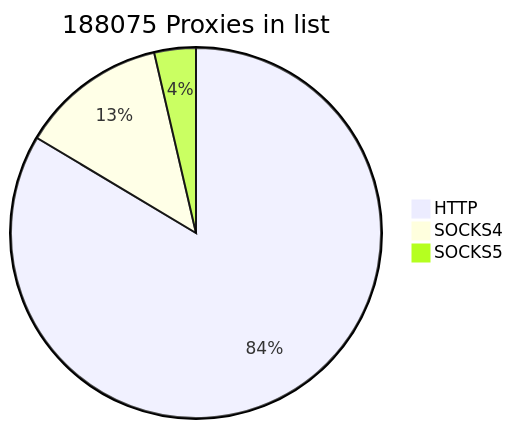
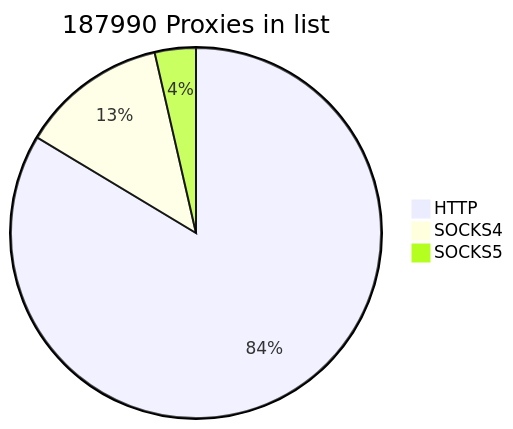
Before and after one commit to cutipu/proxylist: the first of 2 diagrams in README.md, drawn with Mermaid. The commit also changed other lines of this file, not shown here.

````diff
--- a/README.md
+++ b/README.md
@@ -2,7 +2,7 @@
 ```mermaid
-pie title 188075 Proxies in list
+pie title 187990 Proxies in list
     "HTTP" : 157194
     "SOCKS4" : 24054
-    "SOCKS5" : 6827
+    "SOCKS5" : 6742
             
 ```
````
